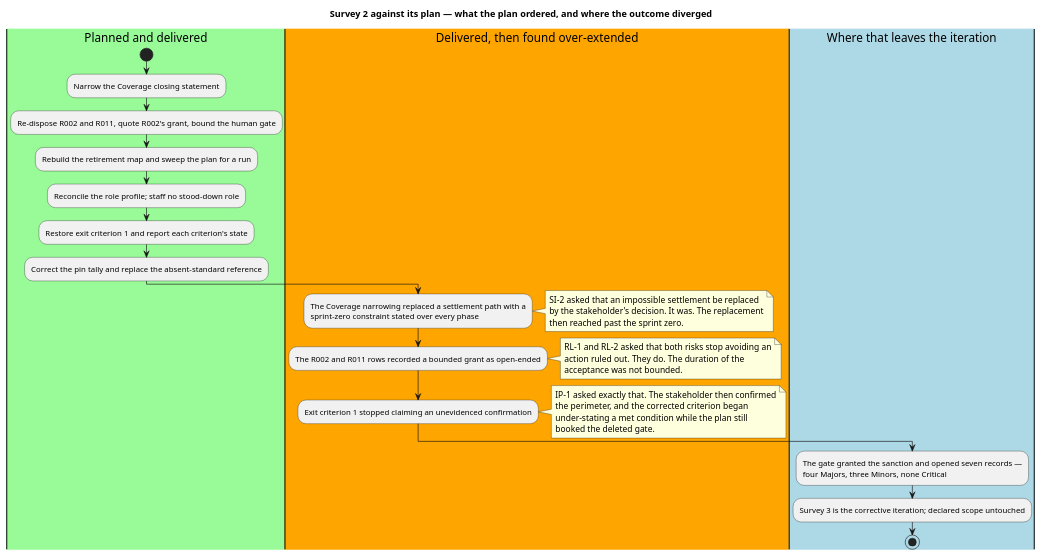
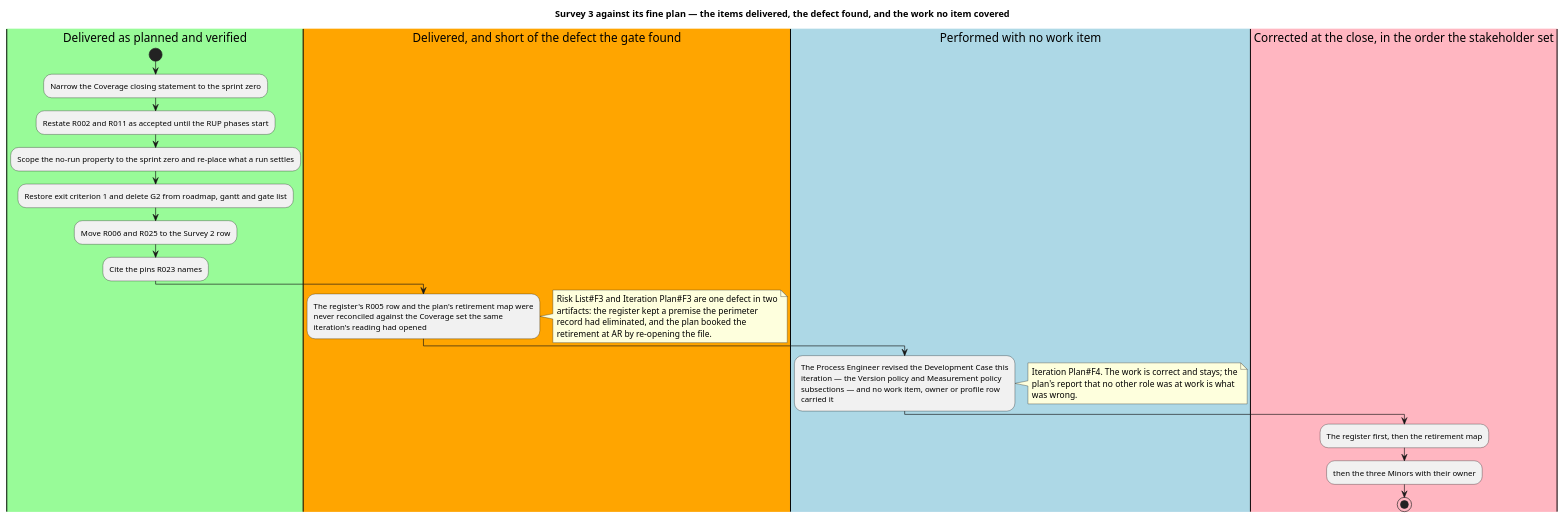
One commit to banense-test/TodoApp changed the second of 3 diagrams in docs/artifacts/project-management/iteration-assessment.md. Above: the diagram before and after it, drawn with PlantUML. The commit also changed other lines of this file, not shown here.

First line of the commit message:
Project Manager [Survey3]: upsert Iteration Assessment

````diff
--- a/docs/artifacts/project-management/iteration-assessment.md
+++ b/docs/artifacts/project-management/iteration-assessment.md
@@ -25,44 +82,42 @@
 ```plantuml
 @startuml
-title Survey 2 against its plan — what the plan ordered, and where the outcome diverged
+title Survey 3 against its fine plan — the items delivered, the defect found, and the work no item covered
 skinparam shadowing false
 
-|#PaleGreen|Planned and delivered|
+|#PaleGreen|Delivered as planned and verified|
 start
-:Narrow the Coverage closing statement;
-:Re-dispose R002 and R011, quote R002's grant, bound the human gate;
-:Rebuild the retirement map and sweep the plan for a run;
-:Reconcile the role profile; staff no stood-down role;
-:Restore exit criterion 1 and report each criterion's state;
-:Correct the pin tally and replace the absent-standard reference;
+:Narrow the Coverage closing statement to the sprint zero;
+:Restate R002 and R011 as accepted until the RUP phases start;
+:Scope the no-run property to the sprint zero and re-place what a run settles;
+:Restore exit criterion 1 and delete G2 from roadmap, gantt and gate list;
+:Move R006 and R025 to the Survey 2 row;
+:Cite the pins R023 names;
 
-|#Orange|Delivered, then found over-extended|
-:The Coverage narrowing replaced a settlement path with a
-sprint-zero constraint stated over every phase;
+|#Orange|Delivered, and short of the defect the gate found|
+:The register's R005 row and the plan's retirement map were
+never reconciled against the Coverage set the same
+iteration's reading had opened;
 note right
-  SI-2 asked that an impossible settlement be replaced
-  by the stakeholder's decision. It was. The replacement
-  then reached past the sprint zero.
-end note
-:The R002 and R011 rows recorded a bounded grant as open-ended;
-note right
-  RL-1 and RL-2 asked that both risks stop avoiding an
-  action ruled out. They do. The duration of the
-  acceptance was not bounded.
-end note
-:Exit criterion 1 stopped claiming an unevidenced confirmation;
-note right
-  IP-1 asked exactly that. The stakeholder then confirmed
-  the perimeter, and the corrected criterion began
-  under-stating a met condition while the plan still
-  booked the deleted gate.
+  Risk List#F3 and Iteration Plan#F3 are one defect in two
+  artifacts: the register kept a premise the perimeter
+  record had eliminated, and the plan booked the
+  retirement at AR by re-opening the file.
 end note
 
-|#LightBlue|Where that leaves the iteration|
-:The gate granted the sanction and opened seven records —
-four Majors, three Minors, none Critical;
-:Survey 3 is the corrective iteration; declared scope untouched;
+|#LightBlue|Performed with no work item|
+:The Process Engineer revised the Development Case this
+iteration — the Version policy and Measurement policy
+subsections — and no work item, owner or profile row
+carried it;
+note right
+  Iteration Plan#F4. The work is correct and stays; the
+  plan's report that no other role was at work is what
+  was wrong.
+end note
 
+|#LightPink|Corrected at the close, in the order the stakeholder set|
+:The register first, then the retirement map;
+:then the three Minors with their owner;
 stop
 @enduml
 ```
````
